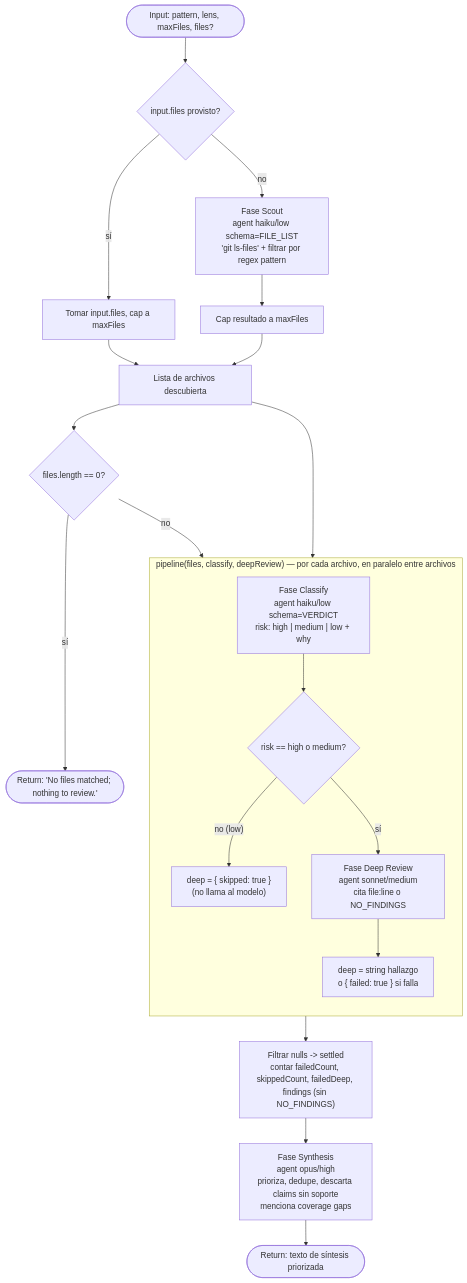
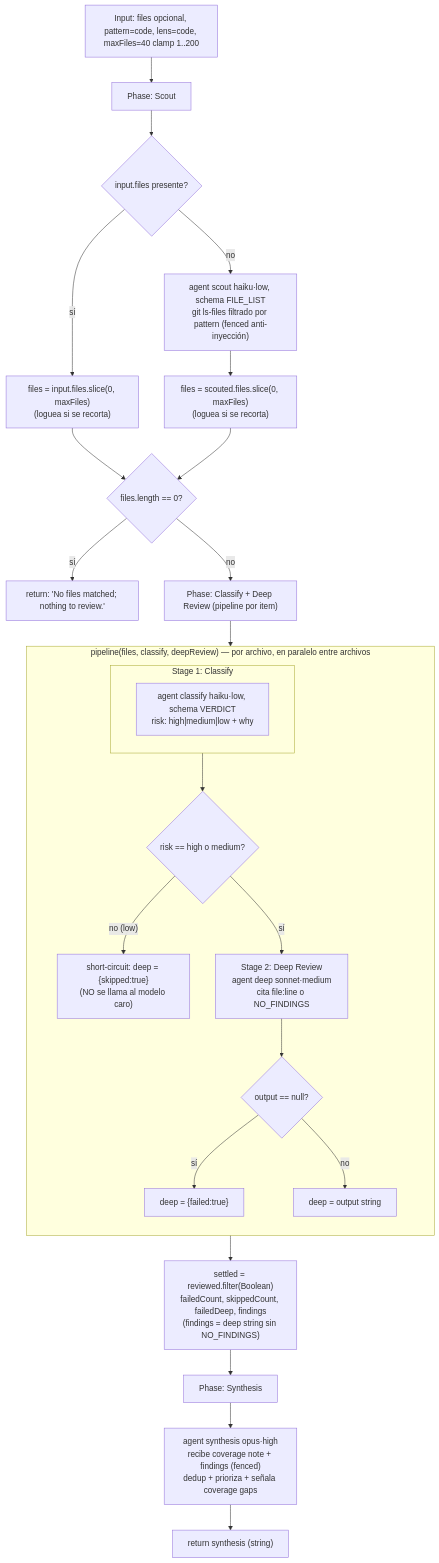
Before and after one commit to andrestobelem/pandi-extensions: the diagram in docs/scaffolds/scout-fanout.md, drawn with Mermaid. The commit also changed other lines of this file and 43 other files, not shown here.

````diff
--- a/docs/scaffolds/scout-fanout.md
+++ b/docs/scaffolds/scout-fanout.md
@@ -33,27 +20,32 @@
 ```mermaid
 flowchart TD
-    Start(["Input: pattern, lens, maxFiles, files?"]) --> HasFiles{"input.files provisto?"}
-    HasFiles -- "sí" --> CapInput["Tomar input.files, cap a maxFiles"]
-    HasFiles -- "no" --> Scout["Fase Scout\nagent haiku/low schema=FILE_LIST\n'git ls-files' + filtrar por regex pattern"]
-    Scout --> CapScout["Cap resultado a maxFiles"]
-    CapInput --> Files["Lista de archivos descubierta"]
-    CapScout --> Files
-    Files --> Empty{"files.length == 0?"}
-    Empty -- "sí" --> NoWork(["Return: 'No files matched; nothing to review.'"])
-    Empty -- "no" --> Pipeline
+    A["Input: files opcional, pattern=code, lens=code, maxFiles=40 clamp 1..200"] --> B["Phase: Scout"]
 
-    subgraph Pipeline["pipeline(files, classify, deepReview) — por cada archivo, en paralelo entre archivos"]
+    B --> C{"input.files presente?"}
+    C -->|"sí"| C1["files = input.files.slice(0, maxFiles)\n(loguea si se recorta)"]
+    C -->|"no"| C2["agent scout haiku·low, schema FILE_LIST\ngit ls-files filtrado por pattern (fenced anti-inyección)"]
+    C2 --> C3["files = scouted.files.slice(0, maxFiles)\n(loguea si se recorta)"]
+    C1 --> D{"files.length == 0?"}
+    C3 --> D
+    D -->|"sí"| D1["return: 'No files matched; nothing to review.'"]
+    D -->|"no"| E["Phase: Classify + Deep Review (pipeline por item)"]
+
+    subgraph PIPELINE["pipeline(files, classify, deepReview) — por archivo, en paralelo entre archivos"]
         direction TB
-        Classify["Fase Classify\nagent haiku/low schema=VERDICT\nrisk: high | medium | low + why"]
-        Gate{"risk == high o medium?"}
-        Classify --> Gate
-        Gate -- "no (low)" --> ShortCircuit["deep = { skipped: true }\n(no llama al modelo)"]
-        Gate -- "sí" --> DeepReview["Fase Deep Review\nagent sonnet/medium\ncita file:line o NO_FINDINGS"]
-        DeepReview --> DeepOK["deep = string hallazgo\no { failed: true } si falla"]
+        subgraph CLASSIFY["Stage 1: Classify"]
+            CL1["agent classify haiku·low, schema VERDICT\nrisk: high|medium|low + why"]
+        end
+        CLASSIFY --> G{"risk == high o medium?"}
+        G -->|"no (low)"| G1["short-circuit: deep = {skipped:true}\n(NO se llama al modelo caro)"]
+        G -->|"sí"| H["Stage 2: Deep Review\nagent deep sonnet·medium\ncita file:line o NO_FINDINGS"]
+        H --> H1{"output == null?"}
+        H1 -->|"sí"| H2["deep = {failed:true}"]
+        H1 -->|"no"| H3["deep = output string"]
     end
+    E --> PIPELINE
 
-    Files --> Pipeline
-    Pipeline --> Settled["Filtrar nulls -> settled\ncontar failedCount, skippedCount, failedDeep, findings (sin NO_FINDINGS)"]
-    Settled --> Synthesis["Fase Synthesis\nagent opus/high\nprioriza, dedupe, descarta claims sin soporte\nmenciona coverage gaps"]
-    Synthesis --> Out(["Return: texto de síntesis priorizada"])
+    PIPELINE --> I["settled = reviewed.filter(Boolean)\nfailedCount, skippedCount, failedDeep, findings\n(findings = deep string sin NO_FINDINGS)"]
+    I --> J["Phase: Synthesis"]
+    J --> K["agent synthesis opus·high\nrecibe coverage note + findings (fenced)\ndedup + prioriza + señala coverage gaps"]
+    K --> L["return synthesis (string)"]
 ```
````
